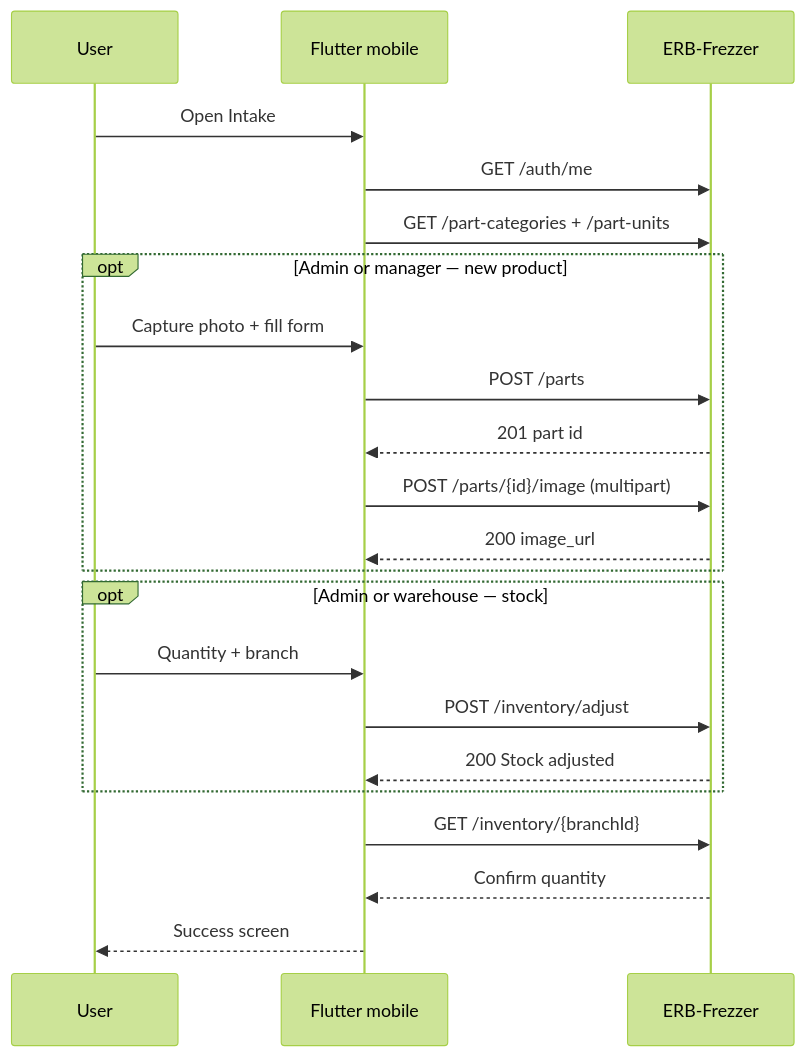
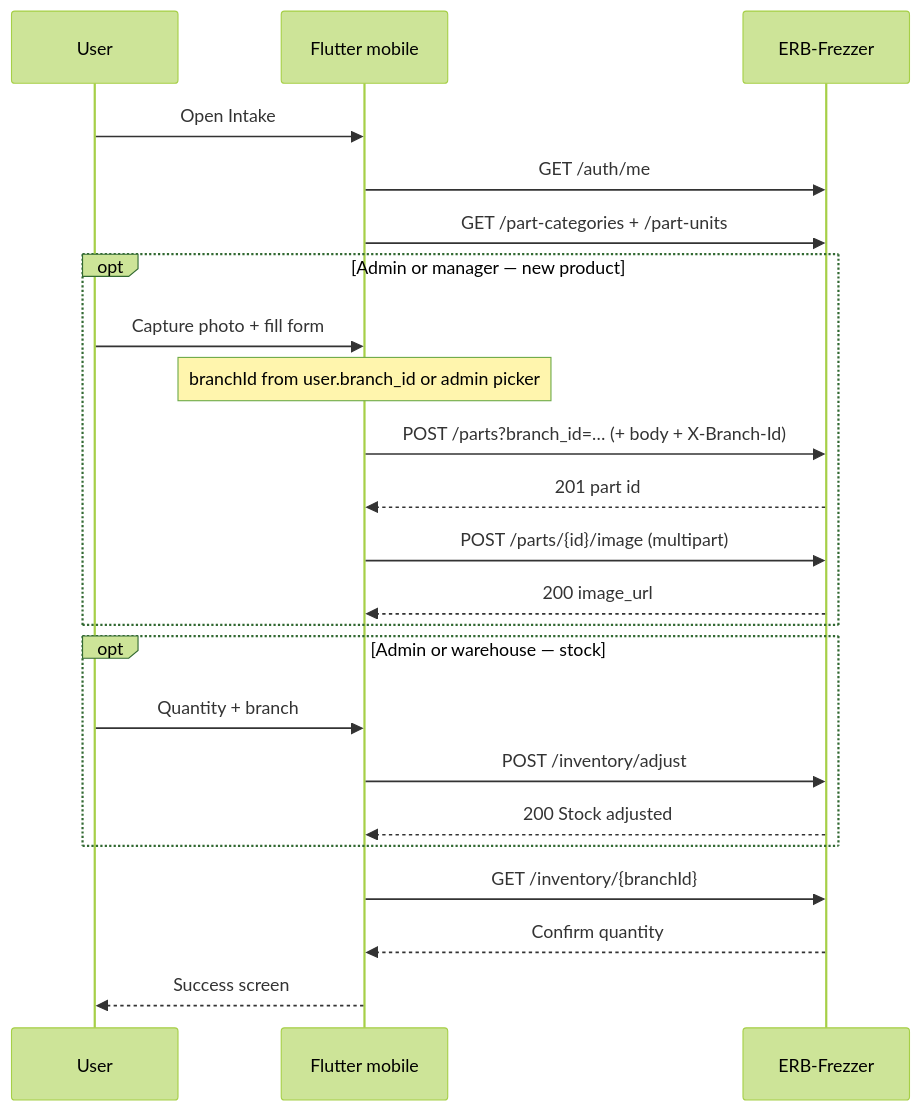
The first of 2 diagrams in docs/flutter-mobile-inventory-intake.md (mody258963/ERB-Frezzer), drawn with Mermaid (forest theme) before and after one commit. The commit also changed other lines of this file and 2 other files, not shown here.

````diff
--- a/docs/flutter-mobile-inventory-intake.md
+++ b/docs/flutter-mobile-inventory-intake.md
@@ -152,25 +152,26 @@
 ```mermaid
 sequenceDiagram
   participant User
   participant App as Flutter mobile
   participant API as ERB-Frezzer
 
   User->>App: Open Intake
   App->>API: GET /auth/me
   App->>API: GET /part-categories + /part-units
   opt Admin or manager — new product
     User->>App: Capture photo + fill form
-    App->>API: POST /parts
+    Note over App: branchId from user.branch_id or admin picker
+    App->>API: POST /parts?branch_id=… (+ body + X-Branch-Id)
     API-->>App: 201 part id
     App->>API: POST /parts/{id}/image (multipart)
     API-->>App: 200 image_url
   end
   opt Admin or warehouse — stock
     User->>App: Quantity + branch
     App->>API: POST /inventory/adjust
     API-->>App: 200 Stock adjusted
   end
   App->>API: GET /inventory/{branchId}
   API-->>App: Confirm quantity
   App-->>User: Success screen
 ```
````
